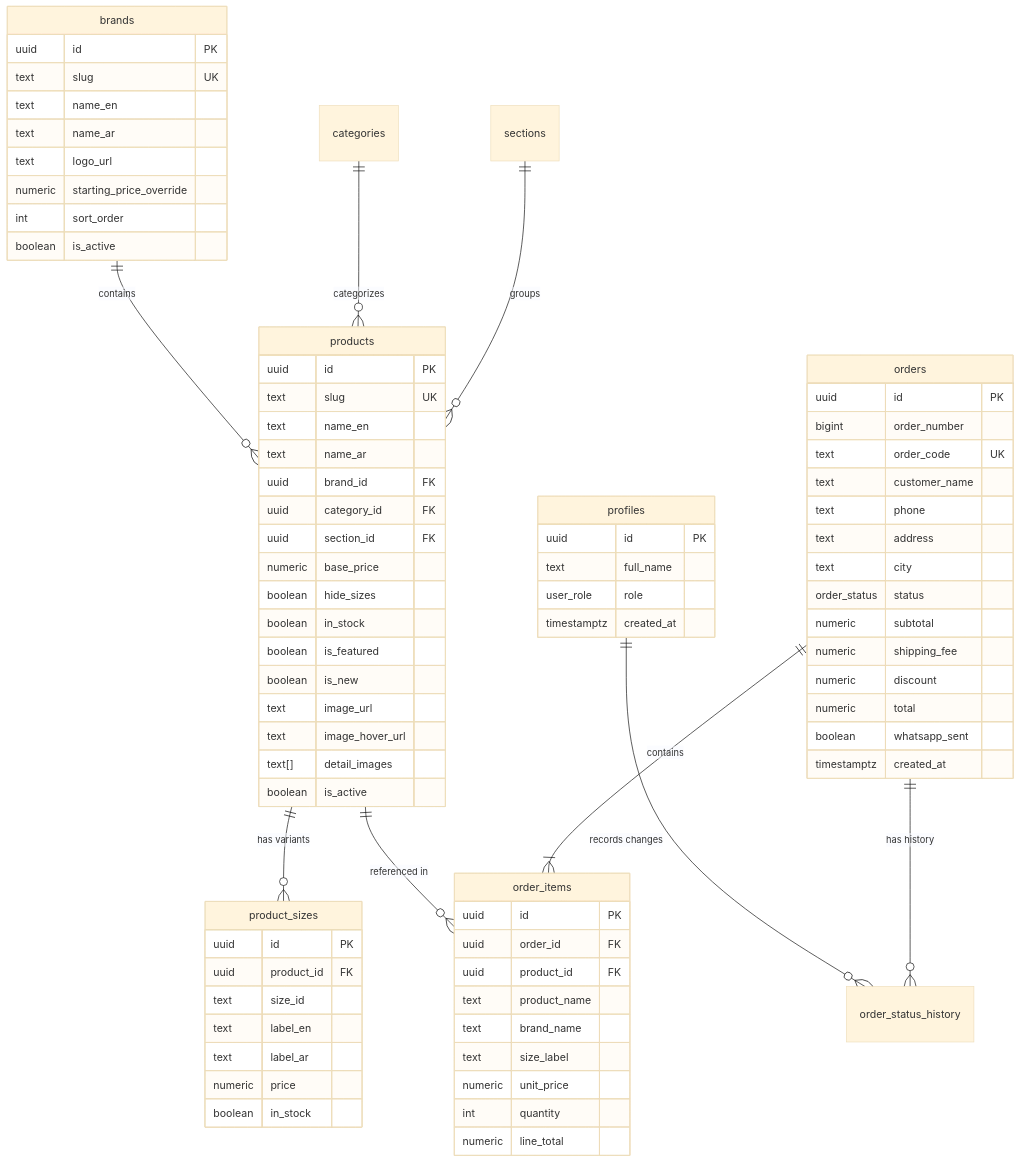
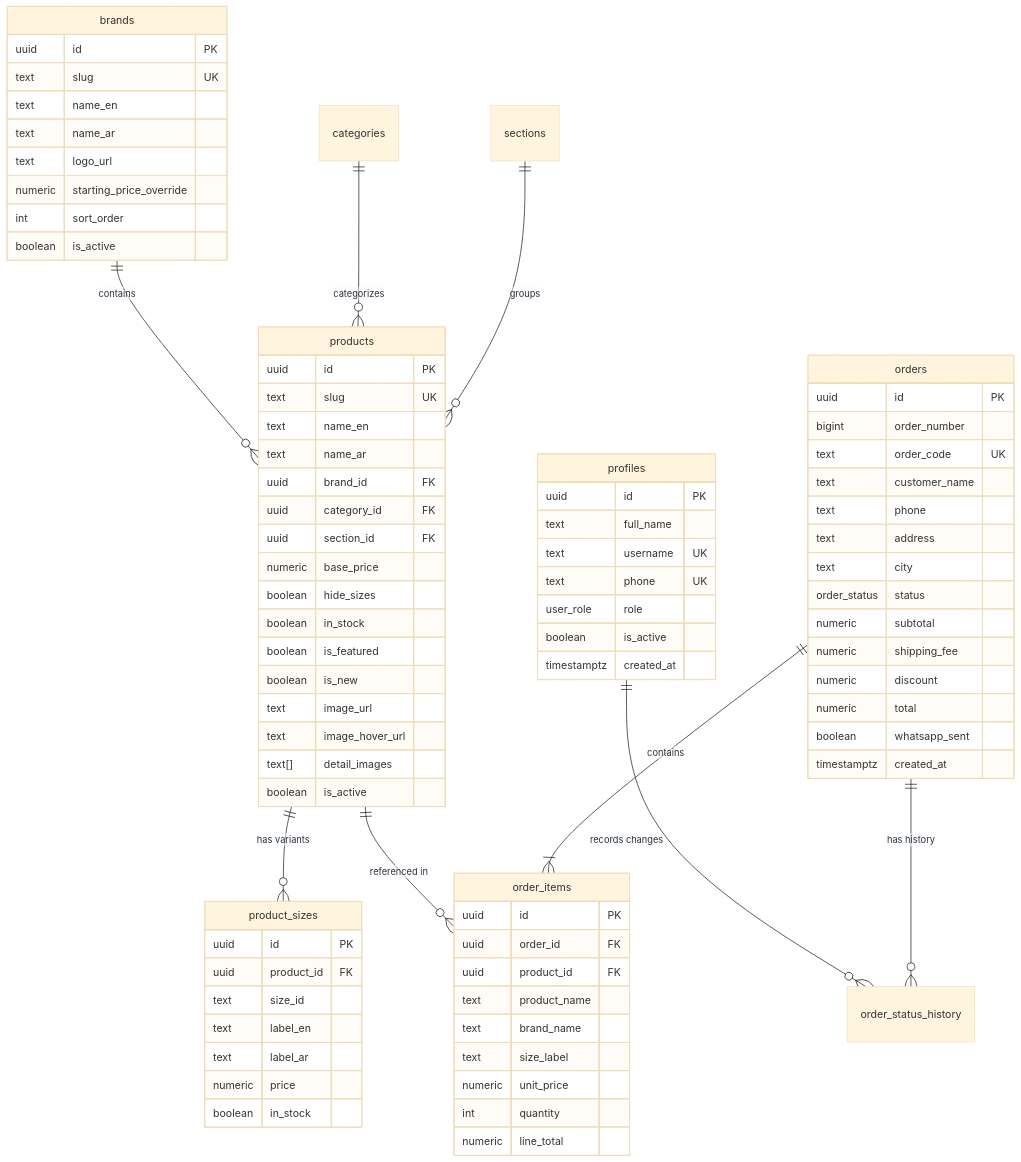
Before and after one commit to Youssefatef289/Lithioo-For-Perfumes: the second of 2 diagrams in supabase/README.md, drawn with Mermaid (base theme). The commit also changed other lines of this file and 11 other files, not shown here.

Commit message:
feat(auth): implement username + password login, Egyptian phone support, and admin team management

```diff
--- a/supabase/README.md
+++ b/supabase/README.md
@@ -99,7 +100,10 @@
     profiles {
         uuid id PK
         text full_name
+        text username UK
+        text phone UK
         user_role role
+        boolean is_active
         timestamptz created_at
     }
 
```
